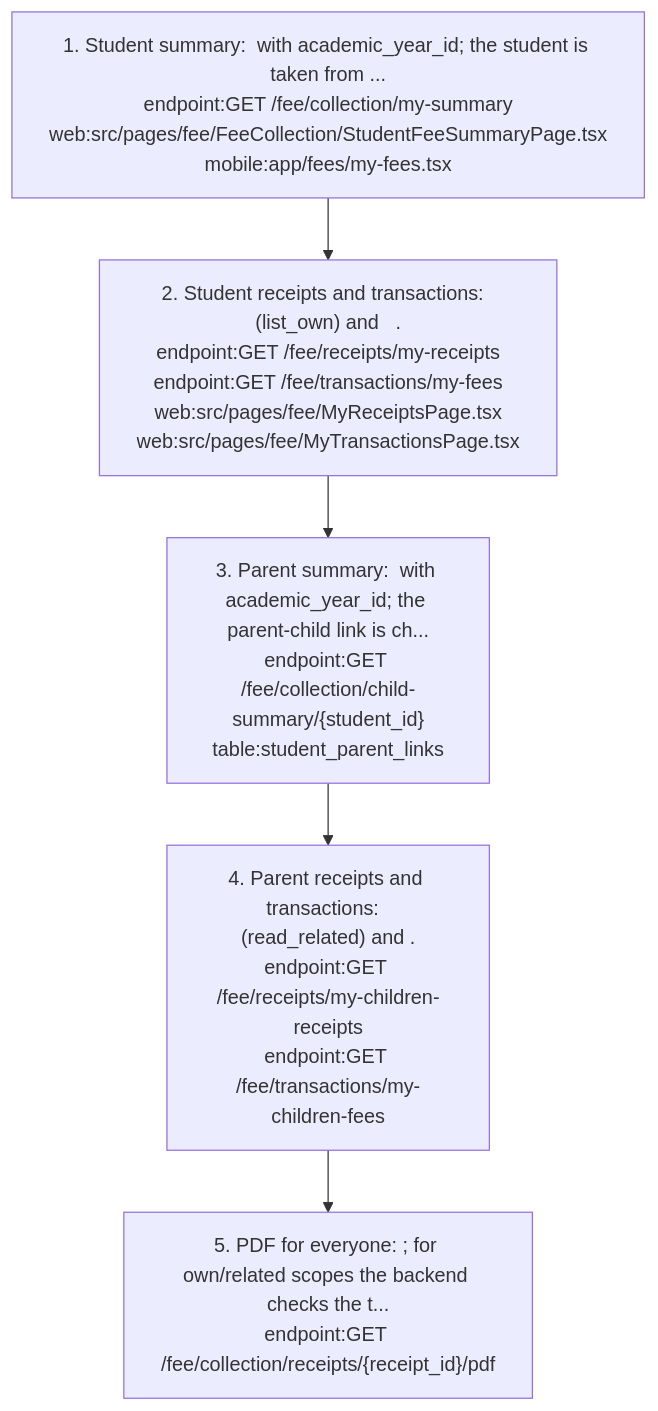
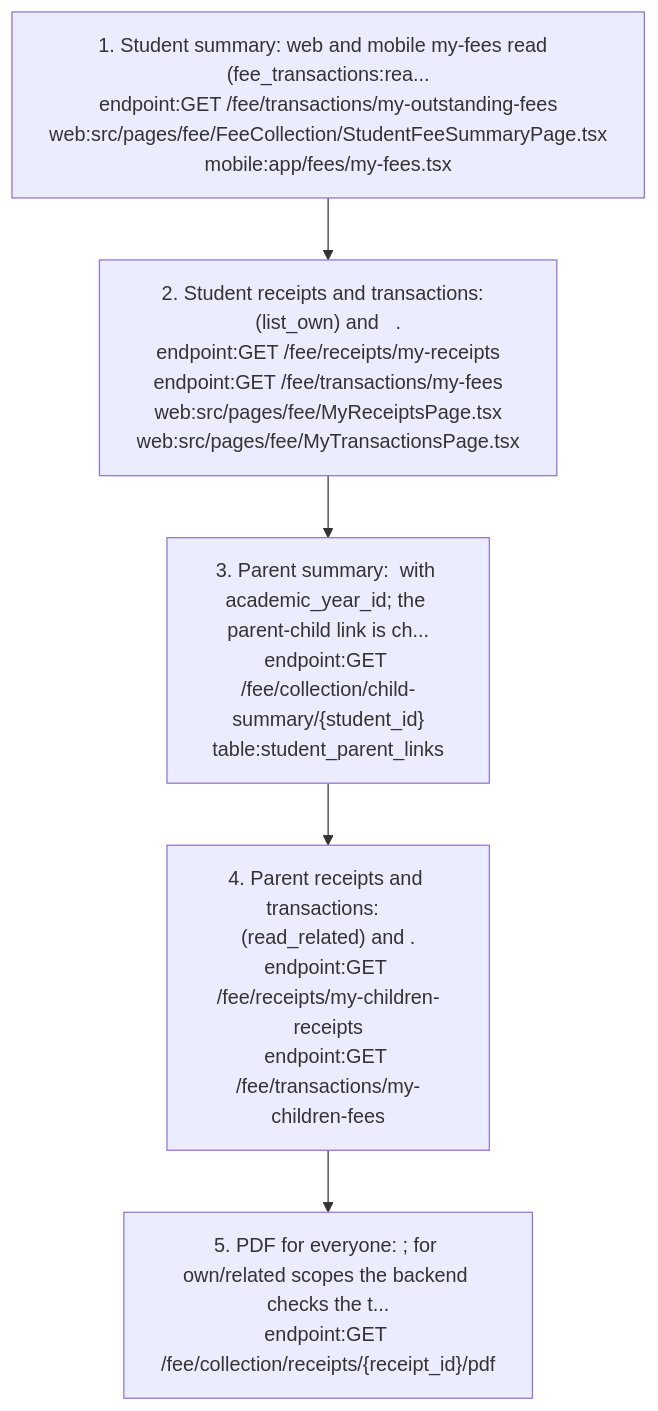
Before and after one commit to nerellasraj21/cos360_full_app: the sixth of 12 diagrams in docs/graph/views/fee.md, drawn with Mermaid. The commit also changed other lines of this file and 44 other files, not shown here.

First line of the commit message:
Re-verify project docs and knowledge graph against current code

````diff
--- a/docs/graph/views/fee.md
+++ b/docs/graph/views/fee.md
@@ -341,12 +349,12 @@
 ```mermaid
 flowchart TD
-  s1["1. Student summary:  with academic_year_id; the student is taken from ...<br/>endpoint:GET /fee/collection/my-summary<br/>web:src/pages/fee/FeeCollection/StudentFeeSummaryPage.tsx<br/>mobile:app/fees/my-fees.tsx"]
+  s1["1. Student summary: web and mobile my-fees read  (fee_transactions:rea...<br/>endpoint:GET /fee/transactions/my-outstanding-fees<br/>web:src/pages/fee/FeeCollection/StudentFeeSummaryPage.tsx<br/>mobile:app/fees/my-fees.tsx"]
   s2["2. Student receipts and transactions:  (list_own) and   .<br/>endpoint:GET /fee/receipts/my-receipts<br/>endpoint:GET /fee/transactions/my-fees<br/>web:src/pages/fee/MyReceiptsPage.tsx<br/>web:src/pages/fee/MyTransactionsPage.tsx"]
   s1 --> s2
   s3["3. Parent summary:  with academic_year_id; the parent-child link is ch...<br/>endpoint:GET /fee/collection/child-summary/{student_id}<br/>table:student_parent_links"]
   s2 --> s3
   s4["4. Parent receipts and transactions:  (read_related) and .<br/>endpoint:GET /fee/receipts/my-children-receipts<br/>endpoint:GET /fee/transactions/my-children-fees"]
   s3 --> s4
   s5["5. PDF for everyone: ; for own/related scopes the backend checks the t...<br/>endpoint:GET /fee/collection/receipts/{receipt_id}/pdf"]
   s4 --> s5
 ```
````
